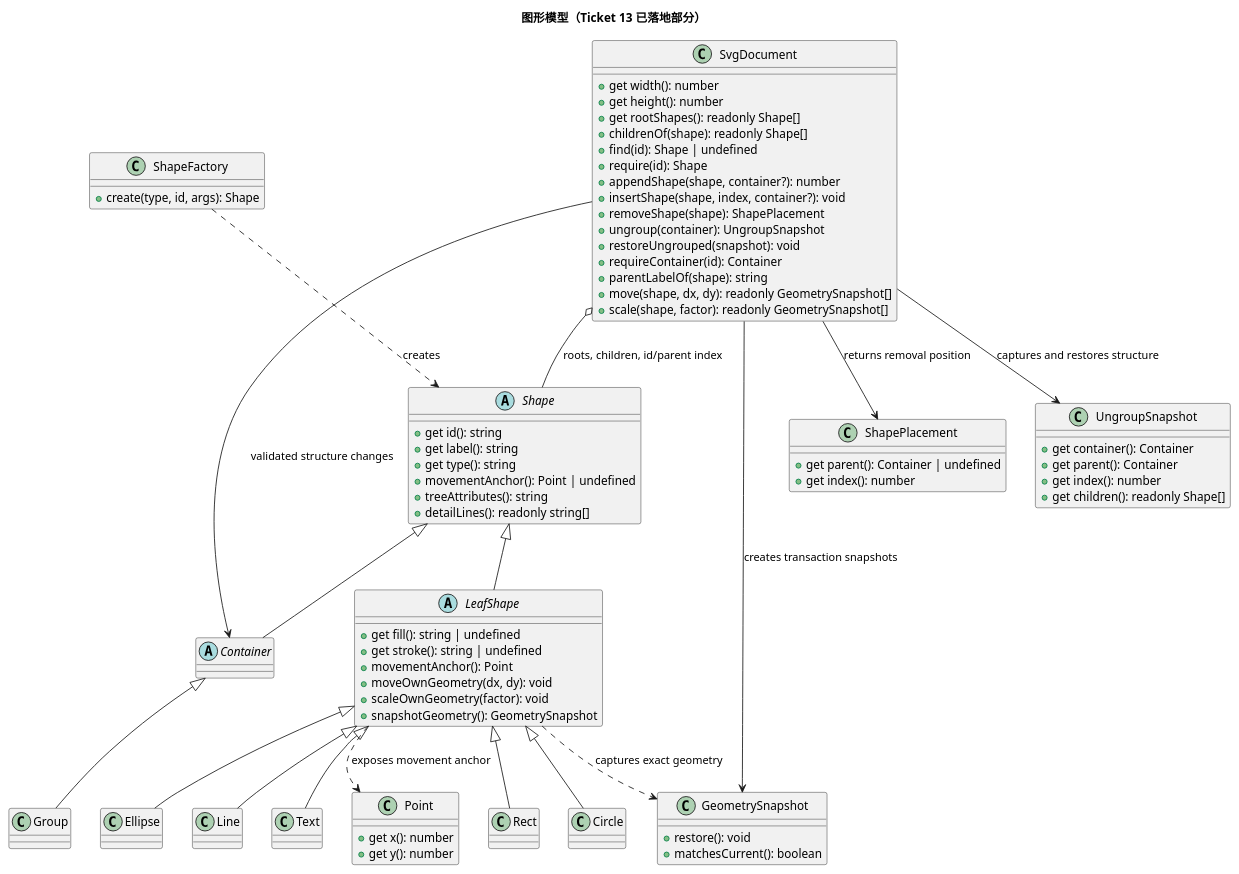
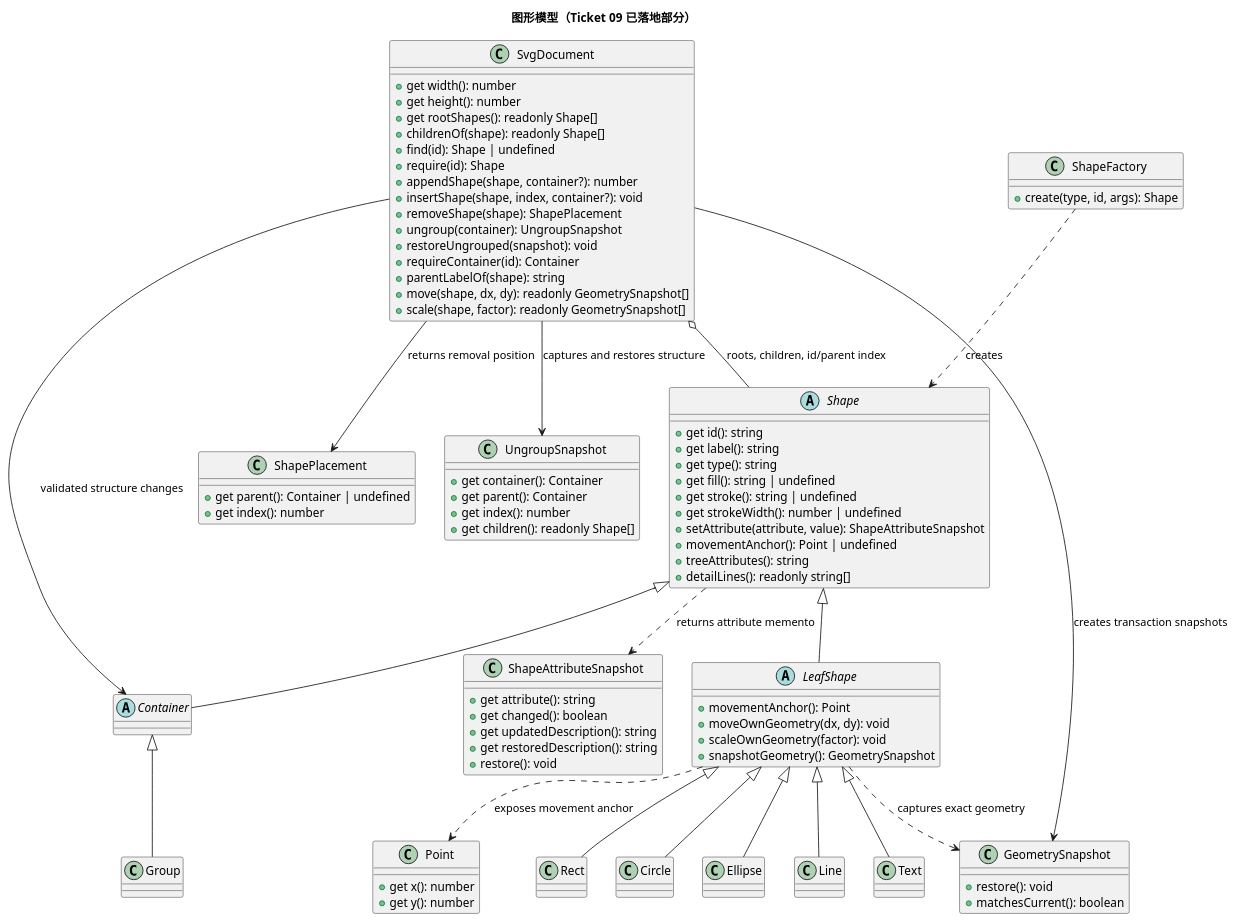
The first of 2 diagrams in doc/class-model.puml (NQC233/svg-editor-lab1), drawn with PlantUML before and after one commit. The commit also changed other lines of this file and 6 other files, not shown here.

Commit message:
docs: record ticket 09 set behavior

```diff
--- a/doc/class-model.puml
+++ b/doc/class-model.puml
@@ -1,90 +1,101 @@
 @startuml
-title 图形模型（Ticket 13 已落地部分）
+title 图形模型（Ticket 09 已落地部分）
 
 abstract class Shape {
   +get id(): string
   +get label(): string
   +get type(): string
+  +get fill(): string | undefined
+  +get stroke(): string | undefined
+  +get strokeWidth(): number | undefined
+  +setAttribute(attribute, value): ShapeAttributeSnapshot
   +movementAnchor(): Point | undefined
   +treeAttributes(): string
   +detailLines(): readonly string[]
 }
 
 abstract class LeafShape {
-  +get fill(): string | undefined
-  +get stroke(): string | undefined
   +movementAnchor(): Point
   +moveOwnGeometry(dx, dy): void
   +scaleOwnGeometry(factor): void
   +snapshotGeometry(): GeometrySnapshot
 }
 
 abstract class Container
 
 class Group
 class Rect
 class Circle
 class Ellipse
 class Line
 class Text
 class GeometrySnapshot {
   +restore(): void
   +matchesCurrent(): boolean
+}
+
+class ShapeAttributeSnapshot {
+  +get attribute(): string
+  +get changed(): boolean
+  +get updatedDescription(): string
+  +get restoredDescription(): string
+  +restore(): void
 }
 
 class Point {
   +get x(): number
   +get y(): number
 }
 
 class ShapePlacement {
   +get parent(): Container | undefined
   +get index(): number
 }
 
 class UngroupSnapshot {
   +get container(): Container
   +get parent(): Container
   +get index(): number
   +get children(): readonly Shape[]
 }
 
 class SvgDocument {
   +get width(): number
   +get height(): number
   +get rootShapes(): readonly Shape[]
   +childrenOf(shape): readonly Shape[]
   +find(id): Shape | undefined
   +require(id): Shape
   +appendShape(shape, container?): number
   +insertShape(shape, index, container?): void
   +removeShape(shape): ShapePlacement
   +ungroup(container): UngroupSnapshot
   +restoreUngrouped(snapshot): void
   +requireContainer(id): Container
   +parentLabelOf(shape): string
   +move(shape, dx, dy): readonly GeometrySnapshot[]
   +scale(shape, factor): readonly GeometrySnapshot[]
 }
 
 class ShapeFactory {
   +create(type, id, args): Shape
 }
 
 Shape <|-- LeafShape
 Shape <|-- Container
 Container <|-- Group
 LeafShape <|-- Rect
 LeafShape <|-- Circle
 LeafShape <|-- Ellipse
 LeafShape <|-- Line
 LeafShape <|-- Text
 SvgDocument o-- Shape : roots, children, id/parent index
 SvgDocument --> Container : validated structure changes
 SvgDocument --> GeometrySnapshot : creates transaction snapshots
 SvgDocument --> ShapePlacement : returns removal position
 SvgDocument --> UngroupSnapshot : captures and restores structure
 LeafShape ..> GeometrySnapshot : captures exact geometry
 LeafShape ..> Point : exposes movement anchor
 ShapeFactory ..> Shape : creates
+Shape ..> ShapeAttributeSnapshot : returns attribute memento
 @enduml
```
